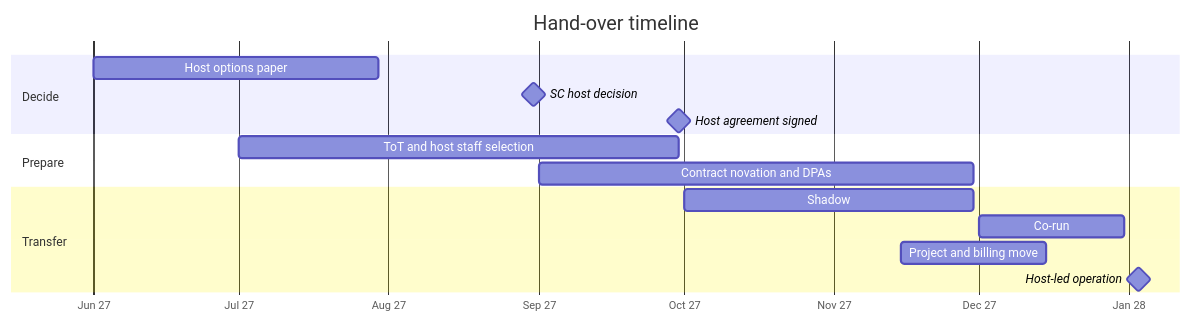
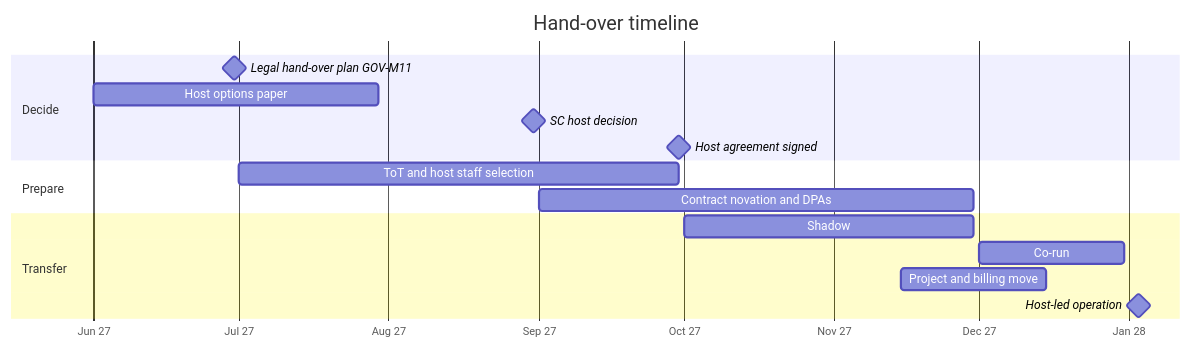
One commit to mcastroarroyo/weathernext changed the third of 3 diagrams in docs/12-roadmap-team-budget.md. Above: the diagram before and after it, drawn with Mermaid. The commit also changed other lines of this file, not shown here.

First line of the commit message:
Fact-check docs/12-roadmap-team-budget.md

````diff
--- a/docs/12-roadmap-team-budget.md
+++ b/docs/12-roadmap-team-budget.md
@@ -897,18 +910,19 @@
 ```mermaid
 gantt
   title Hand-over timeline
   dateFormat YYYY-MM-DD
   axisFormat %b %y
   section Decide
+  Legal hand-over plan GOV-M11    :milestone, h0, 2027-06-30, 0d
   Host options paper              :h1, 2027-06-01, 2027-07-30
   SC host decision                :milestone, h2, 2027-08-31, 0d
   Host agreement signed           :milestone, h3, 2027-09-30, 0d
   section Prepare
   ToT and host staff selection    :h4, 2027-07-01, 2027-09-30
   Contract novation and DPAs      :h5, 2027-09-01, 2027-11-30
   section Transfer
   Shadow                          :h6, 2027-10-01, 2027-11-30
   Co-run                          :h7, 2027-12-01, 2027-12-31
   Project and billing move        :h8, 2027-11-15, 2027-12-15
   Host-led operation              :milestone, h9, 2028-01-03, 0d
 ```
````
